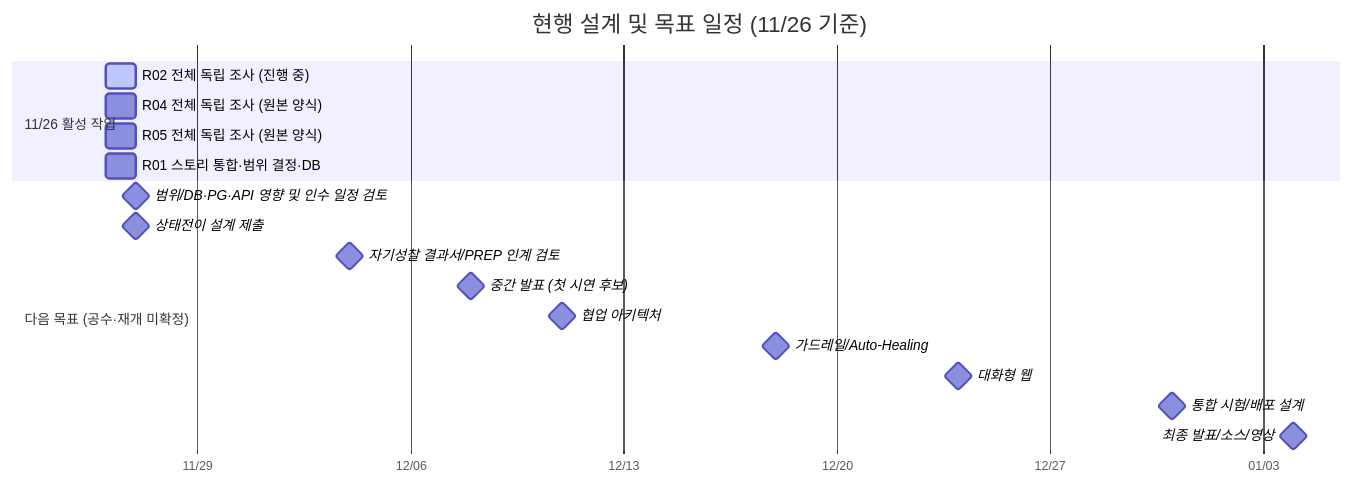
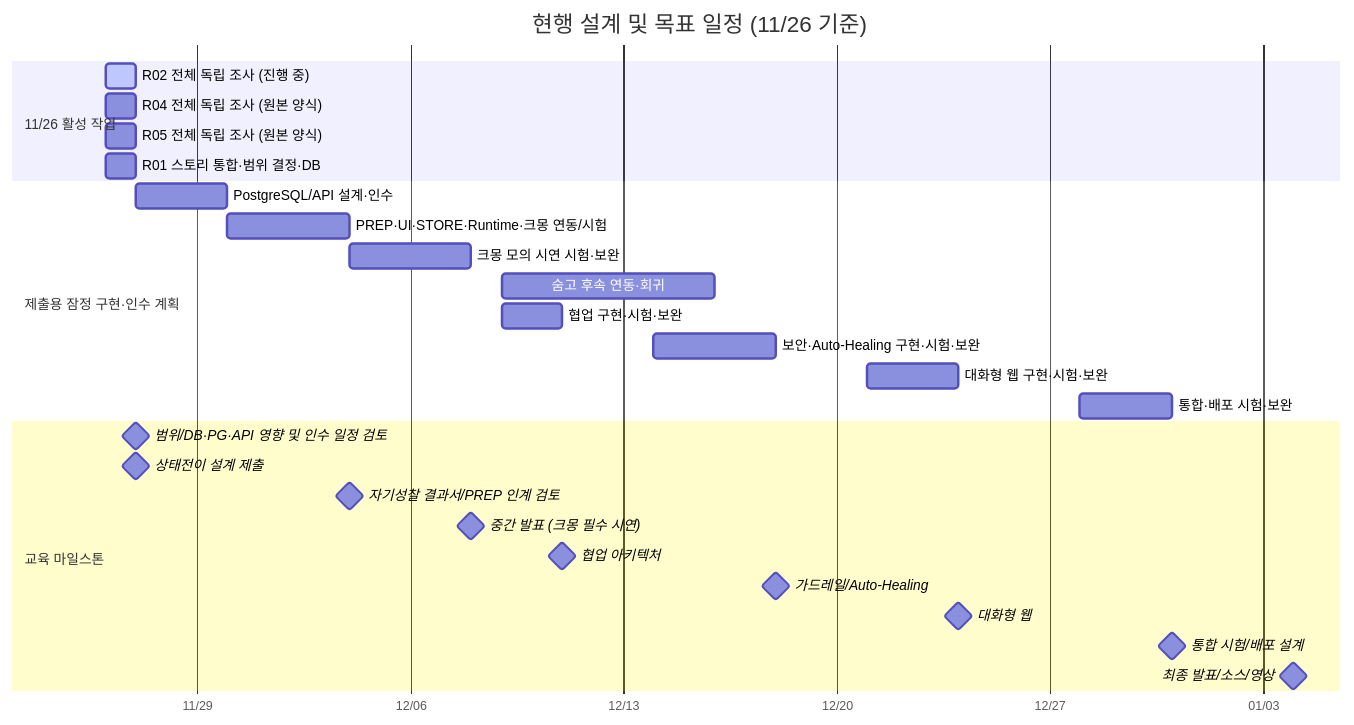
The diagram in docs/step1/WBS_제출본.md (ik-e/chaja-you), drawn with Mermaid before and after one commit. The commit also changed other lines of this file and 20 other files, not shown here.

````diff
--- a/docs/step1/WBS_제출본.md
+++ b/docs/step1/WBS_제출본.md
@@ -7,21 +8,30 @@
 ```mermaid
 gantt
  title 현행 설계 및 목표 일정 (11/26 기준)
  dateFormat YYYY-MM-DD
  axisFormat %m/%d
  section 11/26 활성 작업
  R02 전체 독립 조사 (진행 중) :active, t55, 2026-11-26, 1d
  R04 전체 독립 조사 (원본 양식) :t56, 2026-11-26, 1d
  R05 전체 독립 조사 (원본 양식) :t57, 2026-11-26, 1d
  R01 스토리 통합·범위 결정·DB :t58, 2026-11-26, 1d
- section 다음 목표 (공수·재개 미확정)
+ section 제출용 잠정 구현·인수 계획
+ PostgreSQL/API 설계·인수 :p1, 2026-11-27, 2026-11-30
+ PREP·UI·STORE·Runtime·크몽 연동/시험 :p2, 2026-11-30, 2026-12-04
+ 크몽 모의 시연 시험·보완 :p3, 2026-12-04, 2026-12-08
+ 숨고 후속 연동·회귀 :p4, 2026-12-09, 2026-12-16
+ 협업 구현·시험·보완 :p5, 2026-12-09, 2026-12-11
+ 보안·Auto-Healing 구현·시험·보완 :p6, 2026-12-14, 2026-12-18
+ 대화형 웹 구현·시험·보완 :p7, 2026-12-21, 2026-12-24
+ 통합·배포 시험·보완 :p8, 2026-12-28, 2026-12-31
+ section 교육 마일스톤
  범위/DB·PG·API 영향 및 인수 일정 검토 :milestone, m0, 2026-11-27, 0d
  상태전이 설계 제출 :milestone, m1, 2026-11-27, 0d
  자기성찰 결과서/PREP 인계 검토 :milestone, m2, 2026-12-04, 0d
- 중간 발표 (첫 시연 후보) :milestone, m3, 2026-12-08, 0d
+ 중간 발표 (크몽 필수 시연) :milestone, m3, 2026-12-08, 0d
  협업 아키텍처 :milestone, m4, 2026-12-11, 0d
  가드레일/Auto-Healing :milestone, m5, 2026-12-18, 0d
  대화형 웹 :milestone, m6, 2026-12-24, 0d
  통합 시험/배포 설계 :milestone, m7, 2026-12-31, 0d
  최종 발표/소스/영상 :milestone, m8, 2027-01-04, 0d
 ```
````
